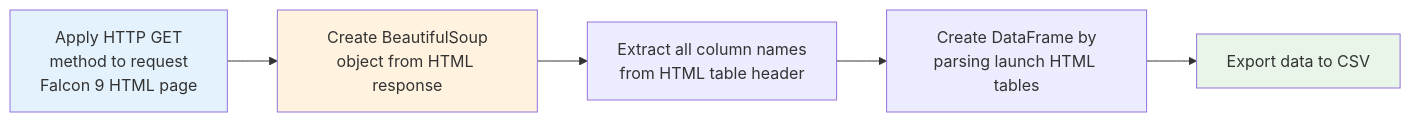
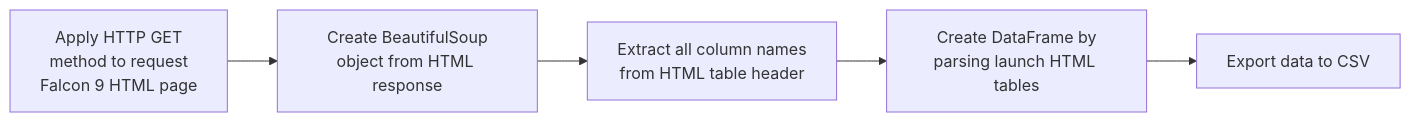
Before and after one commit to EladdadMahdi/IBM-Applied-Data-Science-Capstone: the second of 2 diagrams in README.md, drawn with Mermaid.

````diff
--- a/README.md
+++ b/README.md
@@ -62,13 +62,8 @@
 ```mermaid
 graph LR
     A["Apply HTTP GET<br/>method to request<br/>Falcon 9 HTML page"] 
         --> B["Create BeautifulSoup<br/>object from HTML response"]
         --> C["Extract all column names<br/>from HTML table header"]
         --> D["Create DataFrame by<br/>parsing launch HTML tables"]
         --> E["Export data to CSV"]
-    
-    style A fill:#e3f2fd
-    style B fill:#fff3e0
-    style E fill:#e8f5e8
-
 ```
````
